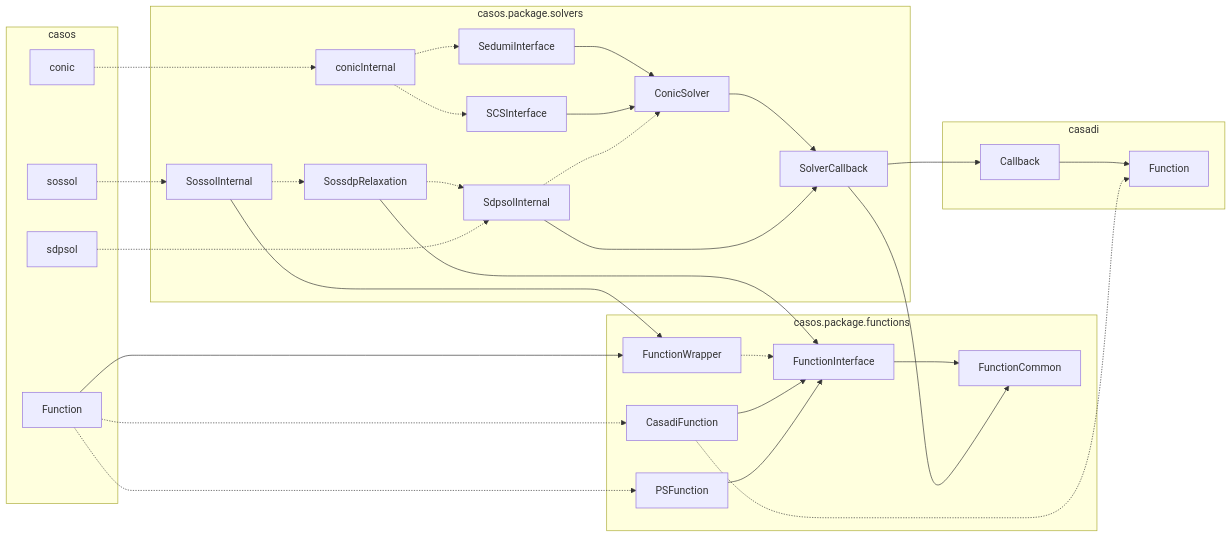
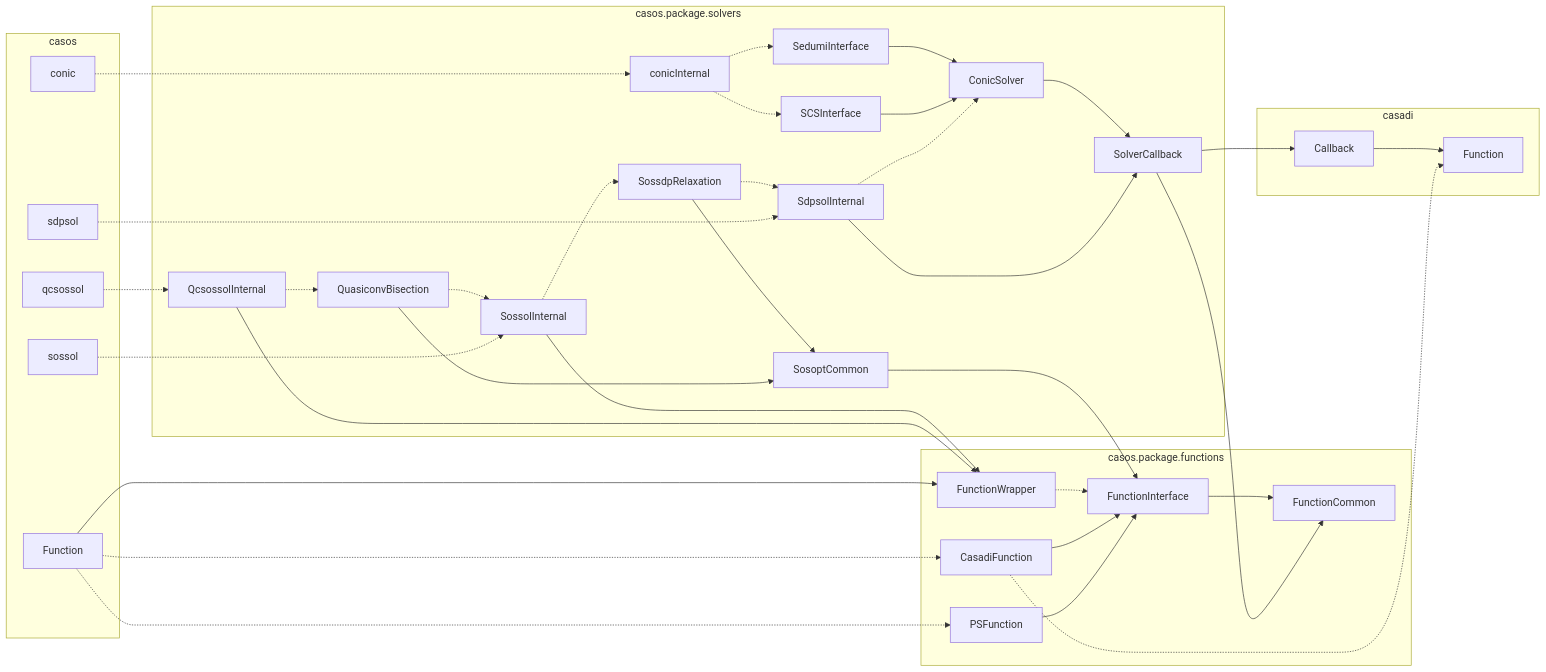
Before and after one commit to iFR-ACSO/casos: the diagram in +casos/+package/README.md, drawn with Mermaid.

Commit message:
Internal documentation for quasiconvex optimization.

````diff
--- a/+casos/+package/README.md
+++ b/+casos/+package/README.md
@@ -3,40 +3,47 @@
 ```mermaid
 flowchart LR
   subgraph casadi
     casadi.Callback[Callback] --> casadi.Function[Function]
   end
   subgraph casos
     casos.Function[Function]
     casos.conic[conic]
     casos.sdpsol[sdpsol]
     casos.sossol[sossol]
+    casos.qcsossol[qcsossol]
   end
   subgraph casos.package.functions
     FunctionInterface --> FunctionCommon
     FunctionWrapper -.-> FunctionInterface
     CasadiFunction --> FunctionInterface
     PSFunction --> FunctionInterface
   end
   subgraph casos.package.solvers
     ConicSolver --> SolverCallback
     SedumiInterface --> ConicSolver
     SCSInterface --> ConicSolver
     SdpsolInternal --> SolverCallback
     SdpsolInternal -.-> ConicSolver
     conicInternal -.-> SedumiInterface
     conicInternal -.-> SCSInterface
     SossolInternal --> FunctionWrapper
     SossolInternal -.-> SossdpRelaxation
-    SossdpRelaxation --> FunctionInterface
+    SossdpRelaxation --> SosoptCommon
     SossdpRelaxation -.-> SdpsolInternal
+    QcsossolInternal --> FunctionWrapper
+    QcsossolInternal -.-> QuasiconvBisection
+    QuasiconvBisection --> SosoptCommon
+    QuasiconvBisection -.-> SossolInternal
+    SosoptCommon --> FunctionInterface
   end
   casos.Function --> FunctionWrapper
   casos.Function -.-> CasadiFunction
   casos.Function -.-> PSFunction
   CasadiFunction -.-> casadi.Function
   SolverCallback --> casadi.Callback
   SolverCallback --> FunctionCommon
   casos.conic -.-> conicInternal
   casos.sdpsol -.-> SdpsolInternal
   casos.sossol -.-> SossolInternal
+  casos.qcsossol -.-> QcsossolInternal
 ```
````
